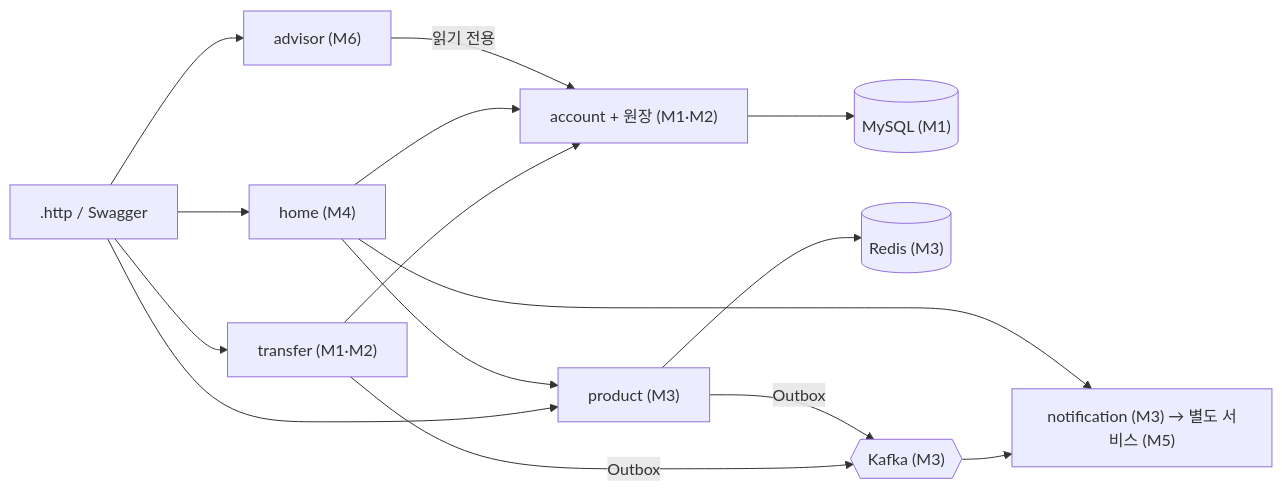
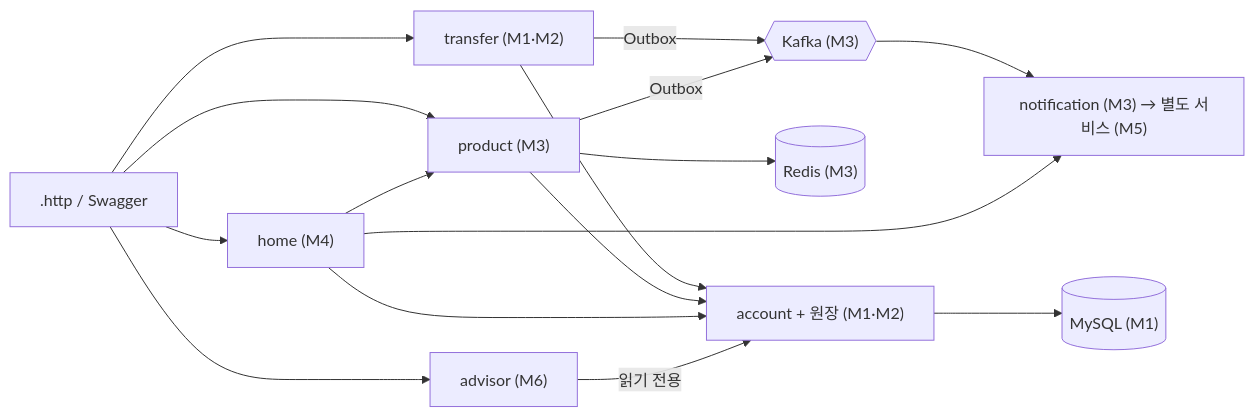
The diagram in DESIGN.md (dongyongChoi/coinbank-ai), drawn with Mermaid before and after one commit. The commit also changed other lines of this file and 1 other file, not shown here.

````diff
--- a/DESIGN.md
+++ b/DESIGN.md
@@ -34,15 +35,16 @@
 ```mermaid
 flowchart LR
   C[".http / Swagger"] --> T["transfer (M1·M2)"]
   C --> P["product (M3)"]
   C --> H["home (M4)"]
   C --> AI["advisor (M6)"]
   T --> A["account + 원장 (M1·M2)"]
   A --> DB[("MySQL (M1)")]
+  P --> A
   P --> R[("Redis (M3)")]
   T -- Outbox --> K{{"Kafka (M3)"}}
   P -- Outbox --> K
   K --> N["notification (M3) → 별도 서비스 (M5)"]
   H --> A & P & N
   AI -- 읽기 전용 --> A
 ```
````
